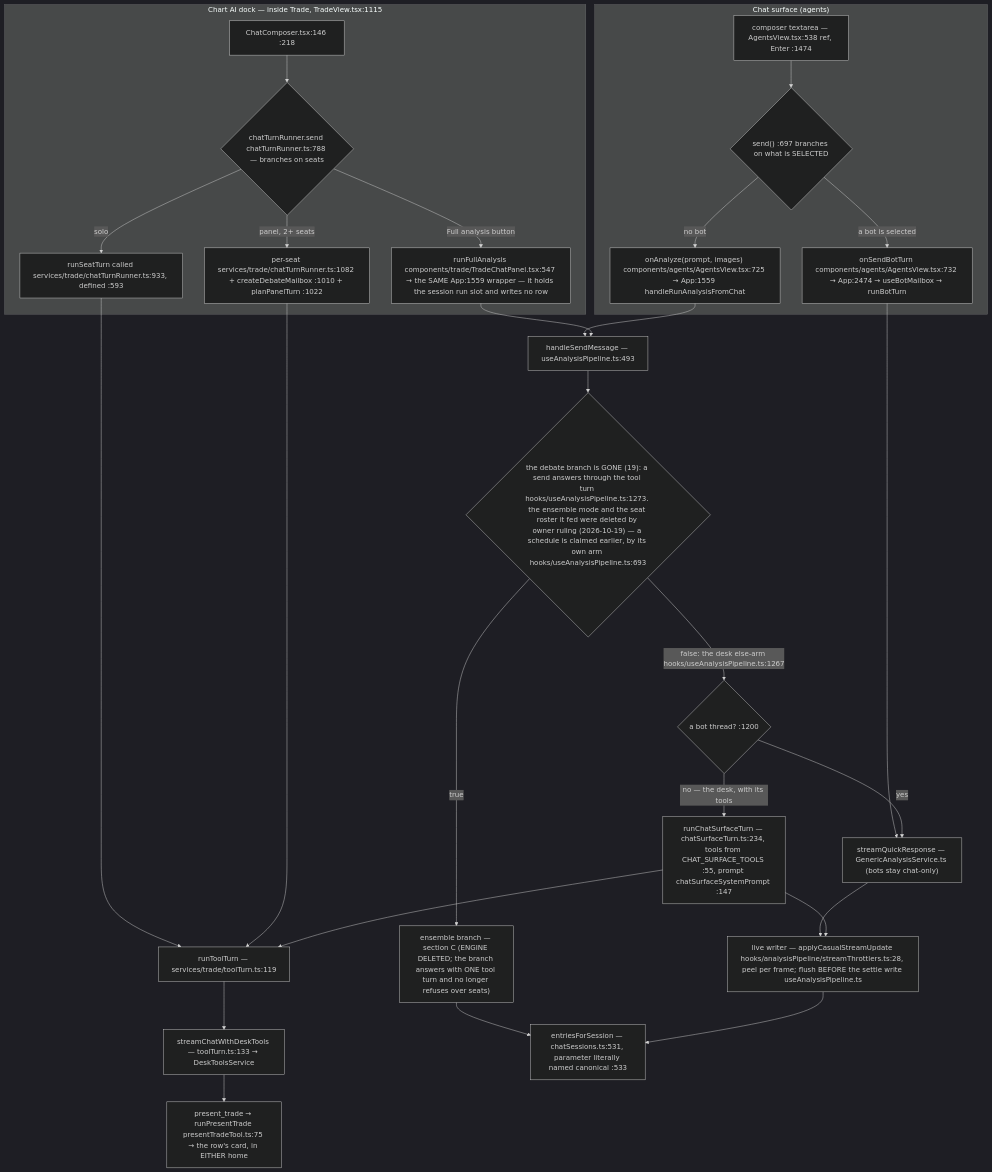
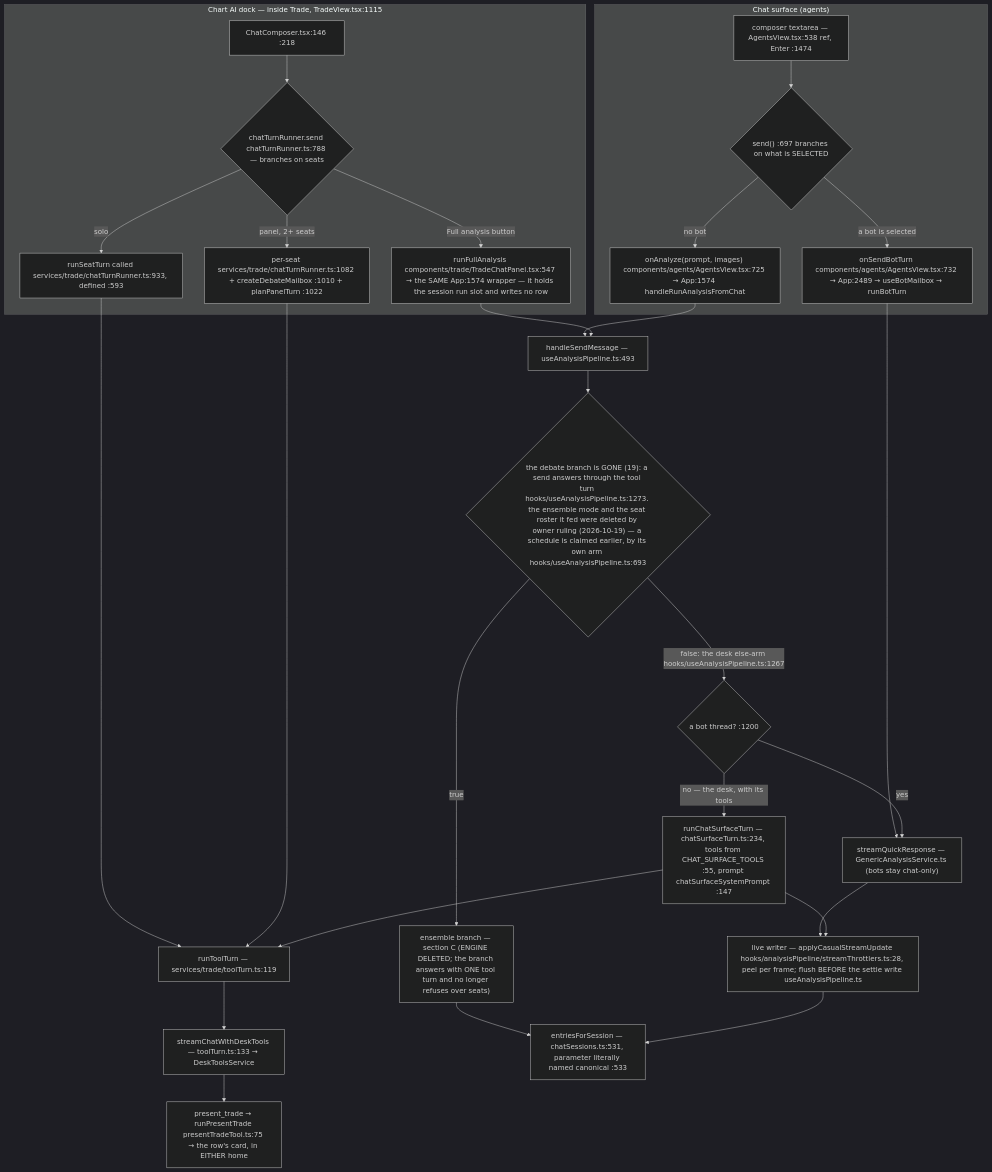
One commit to Acepay25/august-3.5 changed the second of 7 diagrams in docs/app-flow.md. Above: the diagram before and after it, drawn with Mermaid (dark theme). The commit also changed other lines of this file and 3 other files, not shown here.

First line of the commit message:
fix(trader): bind the Full-analysis warning at the journal path

````diff
--- a/docs/app-flow.md
+++ b/docs/app-flow.md
@@ -61,31 +61,31 @@
 ```mermaid
 flowchart TD
     subgraph CHAT["Chat surface (agents)"]
         CB["composer textarea — AgentsView.tsx:538 ref, Enter :1474"] --> D1{"send() :697 branches on what is SELECTED"}
-        D1 -->|a bot is selected| BOT["onSendBotTurn components/agents/AgentsView.tsx:732 → App:2474 → useBotMailbox → runBotTurn"]
-        D1 -->|no bot| AN["onAnalyze(prompt, images) components/agents/AgentsView.tsx:725 → App:1559 handleRunAnalysisFromChat"]
+        D1 -->|a bot is selected| BOT["onSendBotTurn components/agents/AgentsView.tsx:732 → App:2489 → useBotMailbox → runBotTurn"]
+        D1 -->|no bot| AN["onAnalyze(prompt, images) components/agents/AgentsView.tsx:725 → App:1574 handleRunAnalysisFromChat"]
     end
     subgraph DOCK["Chart AI dock — inside Trade, TradeView.tsx:1115"]
         DC["ChatComposer.tsx:146 :218"] --> D2{"chatTurnRunner.send chatTurnRunner.ts:788 — branches on seats"}
         D2 -->|solo| SO["runSeatTurn called services/trade/chatTurnRunner.ts:933, defined :593"]
         D2 -->|panel, 2+ seats| PN["per-seat services/trade/chatTurnRunner.ts:1082 + createDebateMailbox :1010 + planPanelTurn :1022"]
-        D2 -->|Full analysis button| FA["runFullAnalysis components/trade/TradeChatPanel.tsx:547 → the SAME App:1559 wrapper — it holds the session run slot and writes no row"]
+        D2 -->|Full analysis button| FA["runFullAnalysis components/trade/TradeChatPanel.tsx:547 → the SAME App:1574 wrapper — it holds the session run slot and writes no row"]
     end
     SO --> TT["runToolTurn — services/trade/toolTurn.ts:119"]
     PN --> TT
     TT --> SCDT["streamChatWithDeskTools — toolTurn.ts:133 → DeskToolsService"]
     BOT --> TR["streamQuickResponse — GenericAnalysisService.ts (bots stay chat-only)"]
     AN --> HSM["handleSendMessage — useAnalysisPipeline.ts:493"]
     FA --> HSM
     HSM --> D3{"the debate branch is GONE (19): a send answers through the tool turn hooks/useAnalysisPipeline.ts:1273. the ensemble mode and the seat roster it fed were deleted by owner ruling (2026-10-19) — a schedule is claimed earlier, by its own arm hooks/useAnalysisPipeline.ts:693"}
     D3 -->|true| ENS["ensemble branch — section C (ENGINE DELETED; the branch answers with ONE tool turn and no longer refuses over seats)"]
     D3 -->|false: the desk else-arm hooks/useAnalysisPipeline.ts:1267| SPLIT{"a bot thread? :1200"}
     SPLIT -->|yes| TR
     SPLIT -->|no — the desk, with its tools| CST["runChatSurfaceTurn — chatSurfaceTurn.ts:234, tools from CHAT_SURFACE_TOOLS :55, prompt chatSurfaceSystemPrompt :147"]
     CST --> TT
     TR --> LW["live writer — applyCasualStreamUpdate hooks/analysisPipeline/streamThrottlers.ts:28, peel per frame; flush BEFORE the settle write useAnalysisPipeline.ts"]
     CST --> LW
     ENS --> MERGE
     LW --> MERGE["entriesForSession — chatSessions.ts:531, parameter literally named canonical :533"]
     SCDT --> PT["present_trade → runPresentTrade presentTradeTool.ts:75 → the row's card, in EITHER home"]
 ```
````
